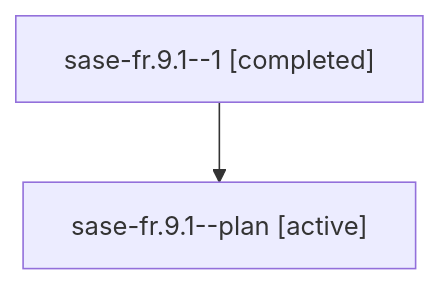
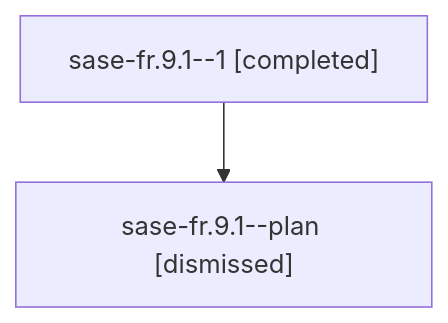
Before and after one commit to sase-org/sase--agents: the diagram in sessions/bbugyi200.athena.sase-fr.9.1.md, drawn with Mermaid. The commit also changed other lines of this file and 116 other files, not shown here.

````diff
--- a/sessions/bbugyi200.athena.sase-fr.9.1.md
+++ b/sessions/bbugyi200.athena.sase-fr.9.1.md
@@ -9,6 +9,6 @@
 ```mermaid
 flowchart TD
   n0["sase-fr.9.1--1 [completed]"]
-  n1["sase-fr.9.1--plan [active]"]
+  n1["sase-fr.9.1--plan [dismissed]"]
   n0 --> n1
 ```
````
